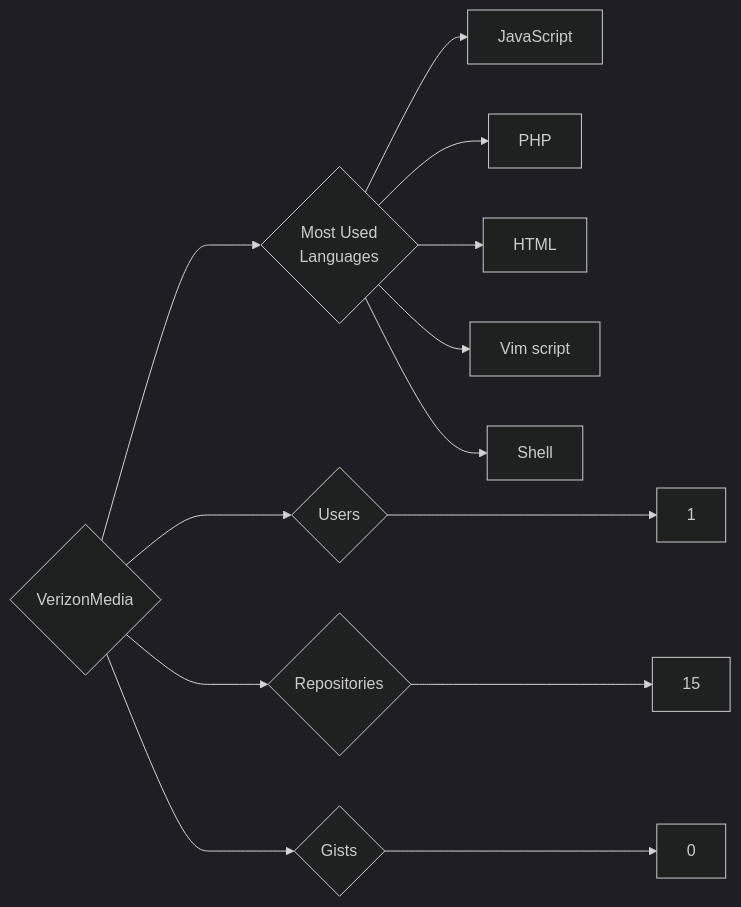
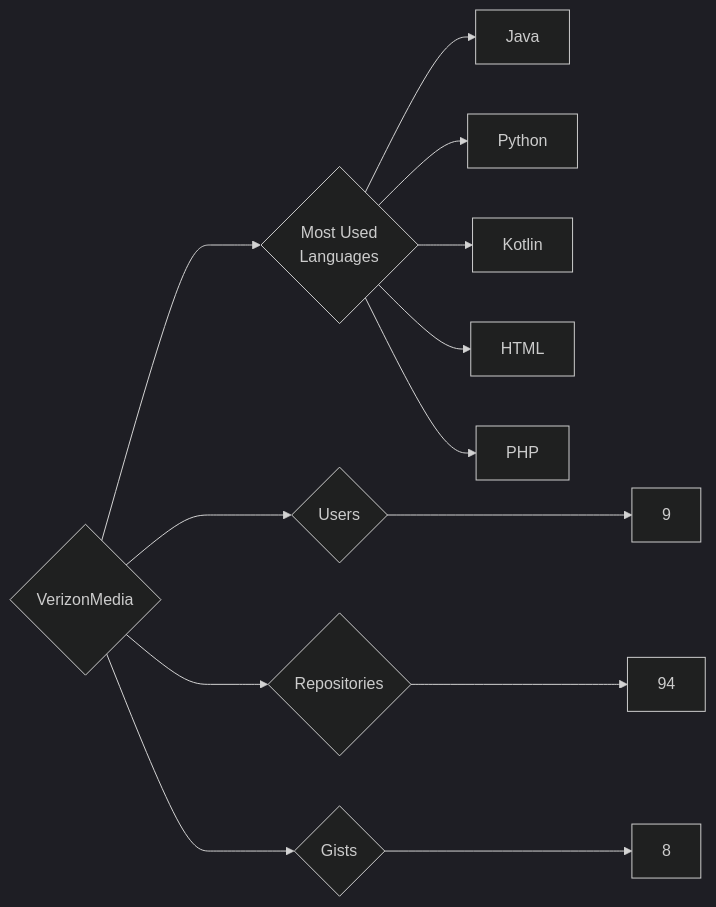
The diagram in targets/VerizonMedia/README.md (trickest/insiders), drawn with Mermaid (dark theme) before and after one commit. The commit also changed 1696 other files, not shown here.

````diff
--- a/targets/VerizonMedia/README.md
+++ b/targets/VerizonMedia/README.md
@@ -3,13 +3,13 @@
 ```mermaid
 graph LR
 COMPANY_NAME{VerizonMedia}
-COMPANY_NAME ---> U{Users} ---> UN[1]
-COMPANY_NAME ---> R{Repositories} ---> RN[15]
-COMPANY_NAME ---> G{Gists} ---> GN[0]
+COMPANY_NAME ---> U{Users} ---> UN[9]
+COMPANY_NAME ---> R{Repositories} ---> RN[94]
+COMPANY_NAME ---> G{Gists} ---> GN[8]
 COMPANY_NAME ---> ML{Most Used<br>Languages}
-ML --> JavaScript[JavaScript]
+ML --> Java[Java]
+ML --> Python[Python]
+ML --> Kotlin[Kotlin]
+ML --> HTML[HTML]
 ML --> PHP[PHP]
-ML --> HTML[HTML]
-ML --> Vim_script[Vim script]
-ML --> Shell[Shell]
 ```
````
